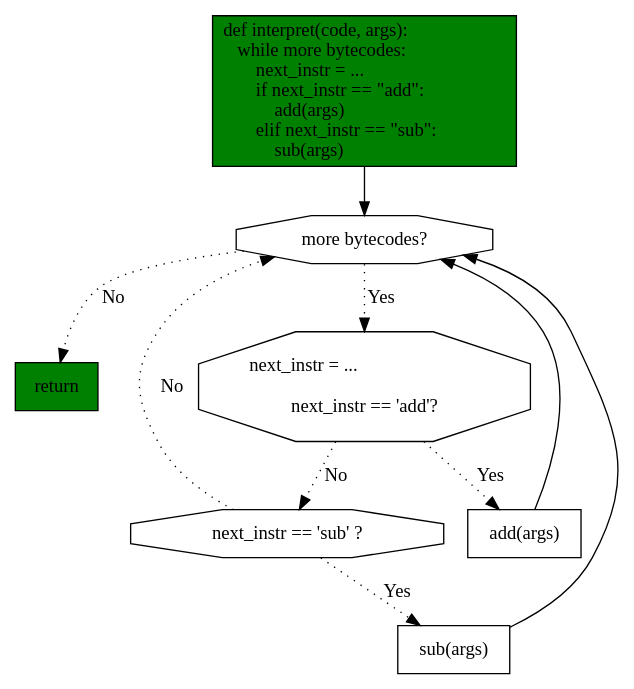
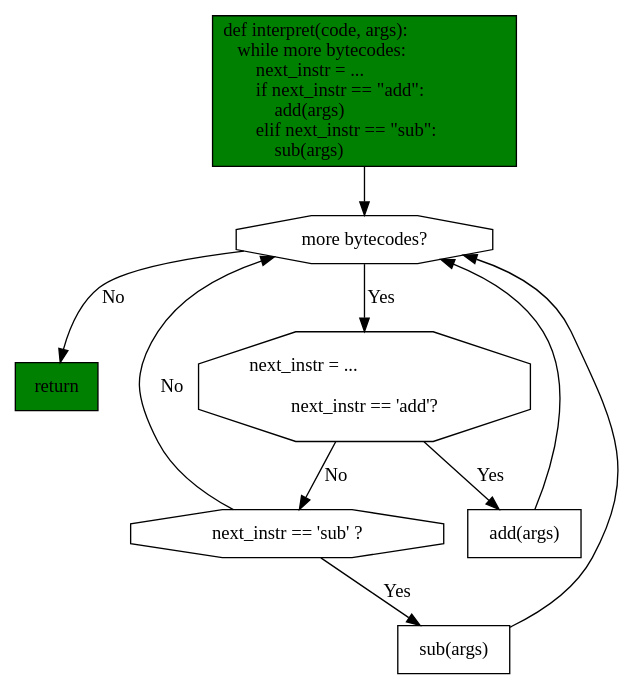
One commit to wdv4758h/pypy-extradoc changed the diagram in talk/chalmers/image/interpreter.dot. Above: the diagram before and after it, drawn with Graphviz. The commit also changed 3 other files, not shown here.

```diff
--- a/talk/chalmers/image/interpreter.dot
+++ b/talk/chalmers/image/interpreter.dot
@@ -1,29 +1,29 @@
 digraph itp_graph {
     node [shape="octagon", color="black", fillcolor="white", style="filled"];
     subgraph itp {
         interpret_ [shape="box", label="def interpret(code, args):\l    while more bytecodes:\l        next_instr = ...\l        if next_instr == \"add\":\l            add(args)\l        elif next_instr == \"sub\":\l            sub(args)\l", fillcolor="green"];
 interpret_ -> interpret__1
 interpret__1 [shape="octagon", label="more bytecodes?", color="black", fillcolor="white", style="filled"];
-edge [label="No", style="dotted", color="black", dir="forward", weight="5"];
+edge [label="No", color="black", dir="forward", weight="5"];
 interpret__1 -> interpret__2
-edge [label="Yes", style="dotted", color="black", dir="forward", weight="5"];
+edge [label="Yes", color="black", dir="forward", weight="5"];
 interpret__1 -> interpret__3
 interpret__2 [shape="box", label="return", color="black", fillcolor="green", style="filled"];
 interpret__3 [shape="octagon", label="next_instr = ...\l\nnext_instr == 'add'?", color="black", fillcolor="white", style="filled"];
-edge [label="No", style="dotted", color="black", dir="forward", weight="5"];
+edge [label="No", color="black", dir="forward", weight="5"];
 interpret__3 -> interpret__4
-edge [label="Yes", style="dotted", color="black", dir="forward", weight="5"];
+edge [label="Yes", color="black", dir="forward", weight="5"];
 interpret__3 -> interpret__5
 interpret__4 [shape="octagon", label="next_instr == 'sub' ?", color="black", fillcolor="white", style="filled"];
-edge [label="No", style="dotted", color="black", dir="forward", weight="5"];
+edge [label="No", color="black", dir="forward", weight="5"];
 interpret__4 -> interpret__1
-edge [label="Yes", style="dotted", color="black", dir="forward", weight="5"];
+edge [label="Yes", color="black", dir="forward", weight="5"];
 interpret__4 -> interpret__6
 interpret__6 [shape="box", label="sub(args)", color="black", fillcolor="white", style="filled"];
 edge [label="", style="solid", color="black", dir="forward", weight="5"];
 interpret__6 -> interpret__1
 interpret__5 [shape="box", label="add(args)", color="black", fillcolor="white", style="filled"];
 edge [label="", style="solid", color="black", dir="forward", weight="5"];
 interpret__5 -> interpret__1
     }
 }
```
